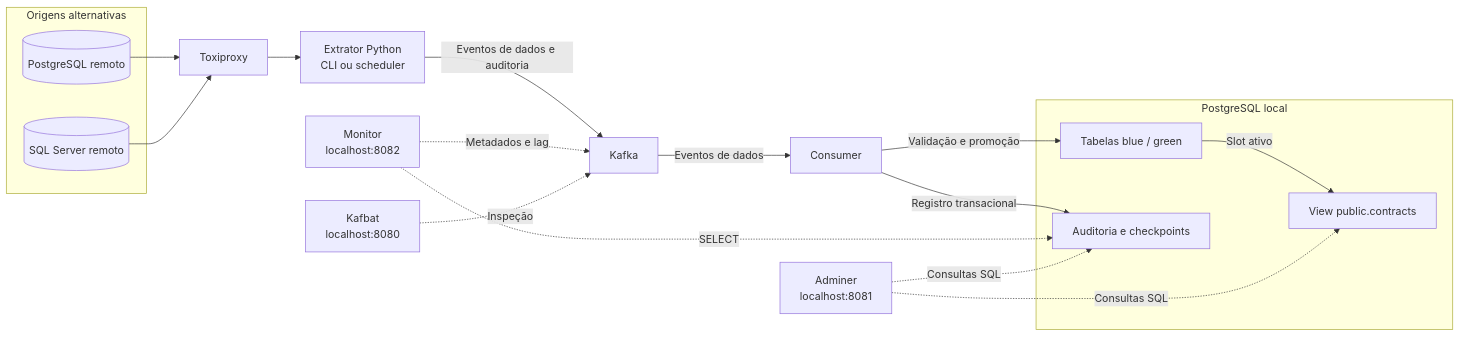
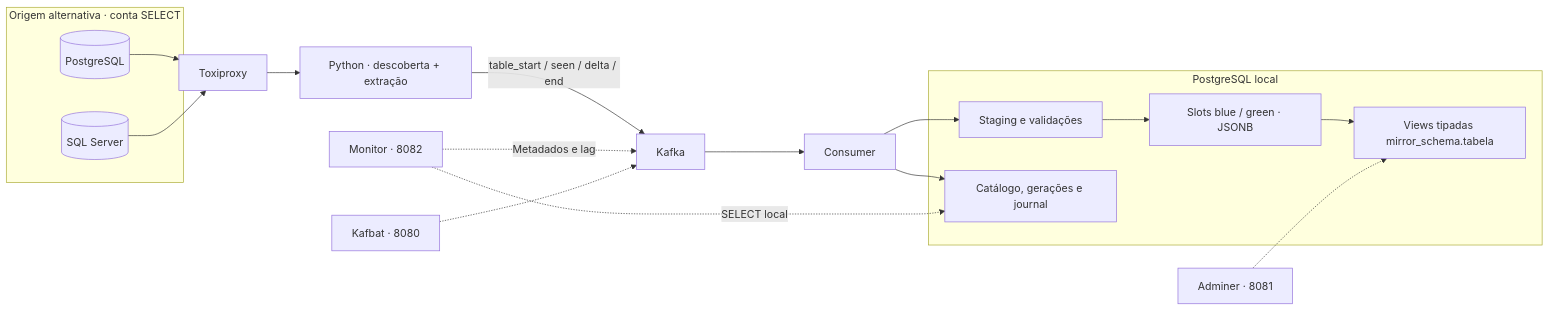
One commit to BehindTheStack/restore_lab changed the first of 2 diagrams in README.md. Above: the diagram before and after it, drawn with Mermaid. The commit also changed other lines of this file, not shown here.

Commit message:
docs(readme): documenta descoberta, operacao e limites da reconciliacao

````diff
--- a/README.md
+++ b/README.md
@@ -11,28 +15,25 @@
 ```mermaid
 flowchart LR
-    subgraph sources["Origens alternativas"]
-        pg[("PostgreSQL remoto")]
-        mssql[("SQL Server remoto")]
+    subgraph origem["Origem alternativa · conta SELECT"]
+        PG[(PostgreSQL)]
+        MS[(SQL Server)]
     end
-
-    pg --> proxy["Toxiproxy"]
-    mssql --> proxy
-    proxy --> extractor["Extrator Python<br/>CLI ou scheduler"]
-    extractor -->|"Eventos de dados e auditoria"| kafka["Kafka"]
-    kafka -->|"Eventos de dados"| consumer["Consumer"]
-
-    subgraph destination["PostgreSQL local"]
-        slots["Tabelas blue / green"]
-        view["View public.contracts"]
-        audit["Auditoria e checkpoints"]
-        slots -->|"Slot ativo"| view
+    PG --> P[Toxiproxy]
+    MS --> P
+    P --> E["Python · descoberta + extração"]
+    E -->|"table_start / seen / delta / end"| K[Kafka]
+    K --> C[Consumer]
+    subgraph local["PostgreSQL local"]
+        S[Staging e validações]
+        BG["Slots blue / green · JSONB"]
+        V["Views tipadas mirror_schema.tabela"]
+        A["Catálogo, gerações e journal"]
+        S --> BG --> V
     end
-
-    consumer -->|"Validação e promoção"| slots
-    consumer -->|"Registro transacional"| audit
-    monitor["Monitor<br/>localhost:8082"] -.->|"SELECT"| audit
-    monitor -.->|"Metadados e lag"| kafka
-    kafbat["Kafbat<br/>localhost:8080"] -.->|"Inspeção"| kafka
-    adminer["Adminer<br/>localhost:8081"] -.->|"Consultas SQL"| view
-    adminer -.->|"Consultas SQL"| audit
+    C --> S
+    C --> A
+    M["Monitor · 8082"] -.->|"SELECT local"| A
+    M -.->|"Metadados e lag"| K
+    U["Kafbat · 8080"] -.-> K
+    D["Adminer · 8081"] -.-> V
 ```
````
